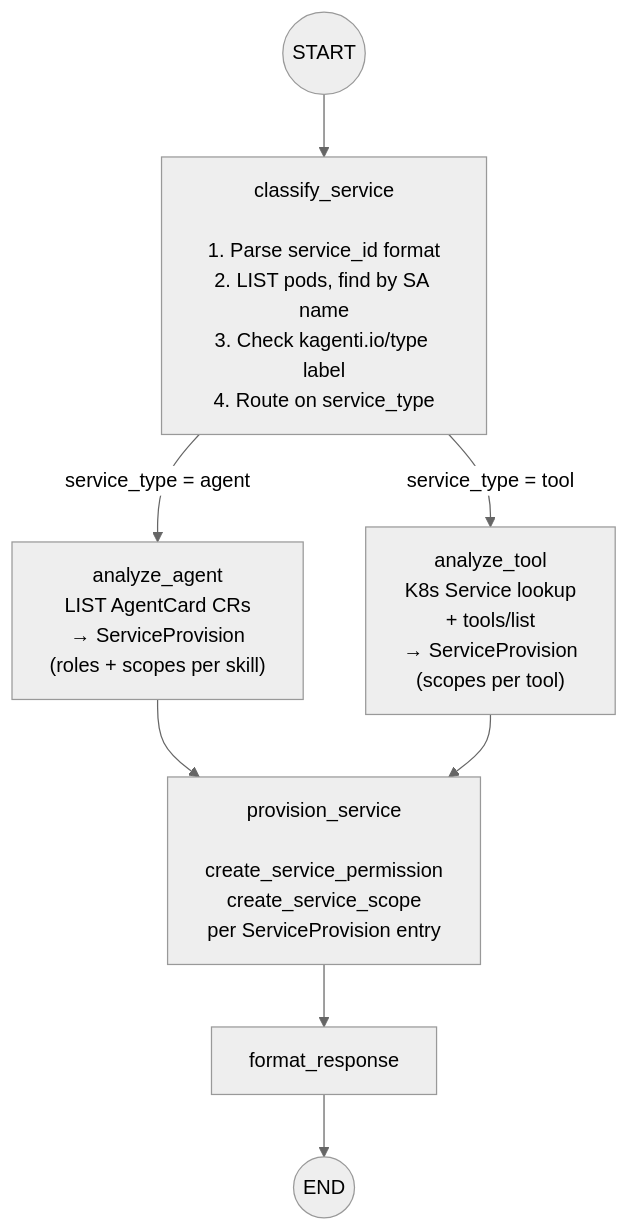
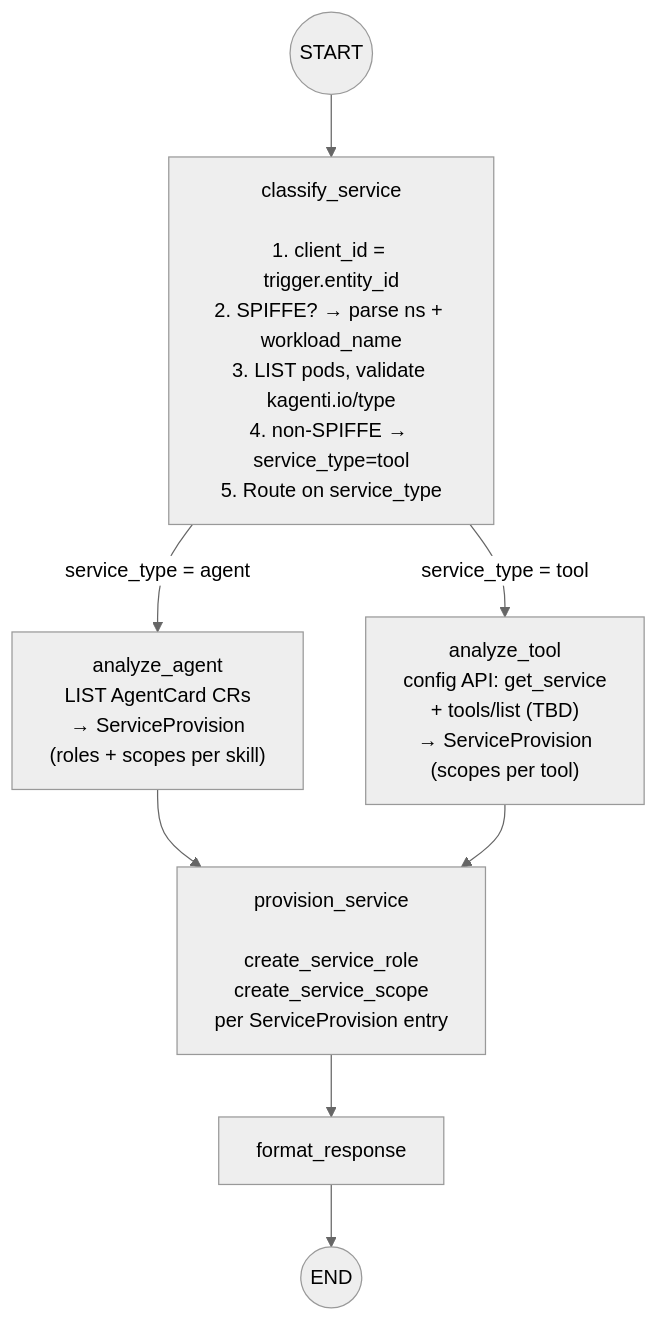
One commit to rossoctl/aiac changed the second of 3 diagrams in inception/requirements/components/aiac-agent/uc1-service-onboarding.md. Above: the diagram before and after it, drawn with Mermaid (neutral theme). The commit also changed other lines of this file, not shown here.

````diff
--- a/inception/requirements/components/aiac-agent/uc1-service-onboarding.md
+++ b/inception/requirements/components/aiac-agent/uc1-service-onboarding.md
@@ -68,13 +68,13 @@
 ```mermaid
 flowchart TD
-    START(("START")) --> CLASSIFY["classify_service\n\n1. Parse service_id format\n2. LIST pods, find by SA name\n3. Check kagenti.io/type label\n4. Route on service_type"]
+    START(("START")) --> CLASSIFY["classify_service\n\n1. client_id = trigger.entity_id\n2. SPIFFE? → parse ns + workload_name\n3. LIST pods, validate kagenti.io/type\n4. non-SPIFFE → service_type=tool\n5. Route on service_type"]
 
     CLASSIFY -->|"service_type = agent"| ANALYZE_AGENT["analyze_agent\nLIST AgentCard CRs\n→ ServiceProvision\n(roles + scopes per skill)"]
-    CLASSIFY -->|"service_type = tool"| ANALYZE_TOOL["analyze_tool\nK8s Service lookup\n+ tools/list\n→ ServiceProvision\n(scopes per tool)"]
+    CLASSIFY -->|"service_type = tool"| ANALYZE_TOOL["analyze_tool\nconfig API: get_service\n+ tools/list (TBD)\n→ ServiceProvision\n(scopes per tool)"]
 
-    ANALYZE_AGENT --> PROVISION["provision_service\n\ncreate_service_permission\ncreate_service_scope\nper ServiceProvision entry"]
+    ANALYZE_AGENT --> PROVISION["provision_service\n\ncreate_service_role\ncreate_service_scope\nper ServiceProvision entry"]
     ANALYZE_TOOL --> PROVISION
 
     PROVISION --> FORMAT["format_response"]
     FORMAT --> END(("END"))
 ```
````
